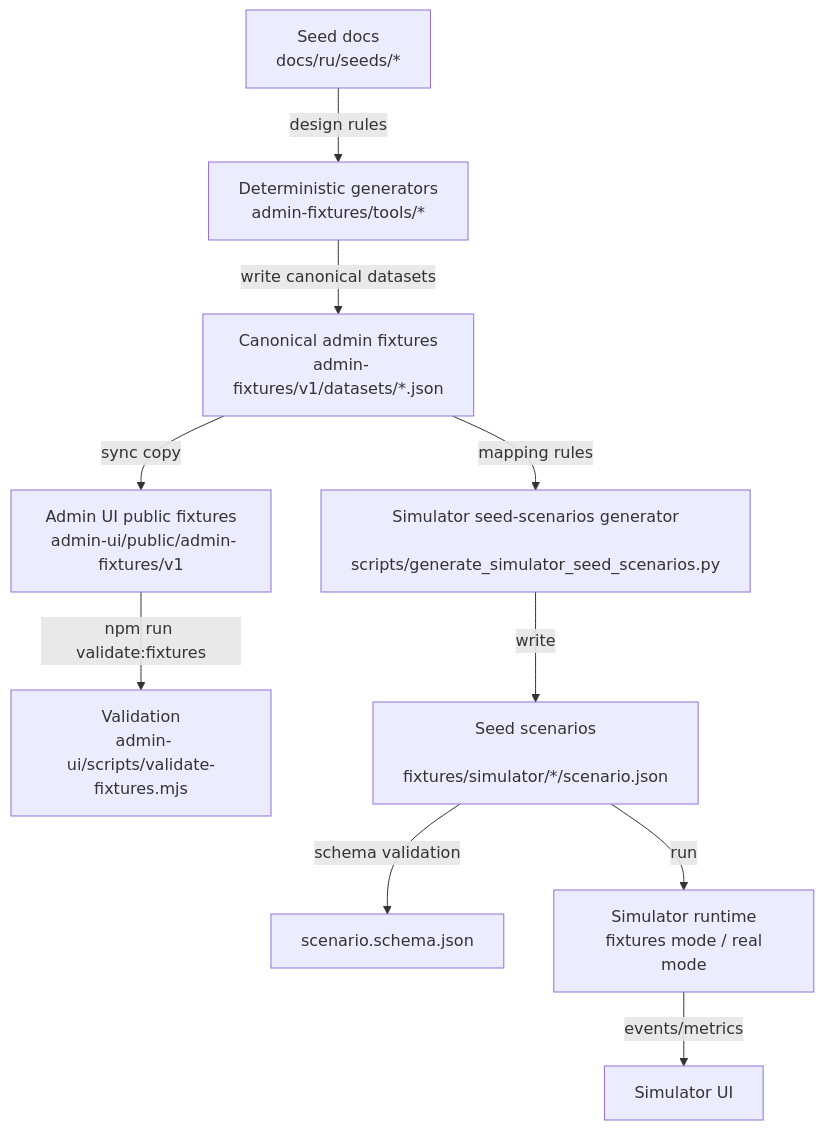
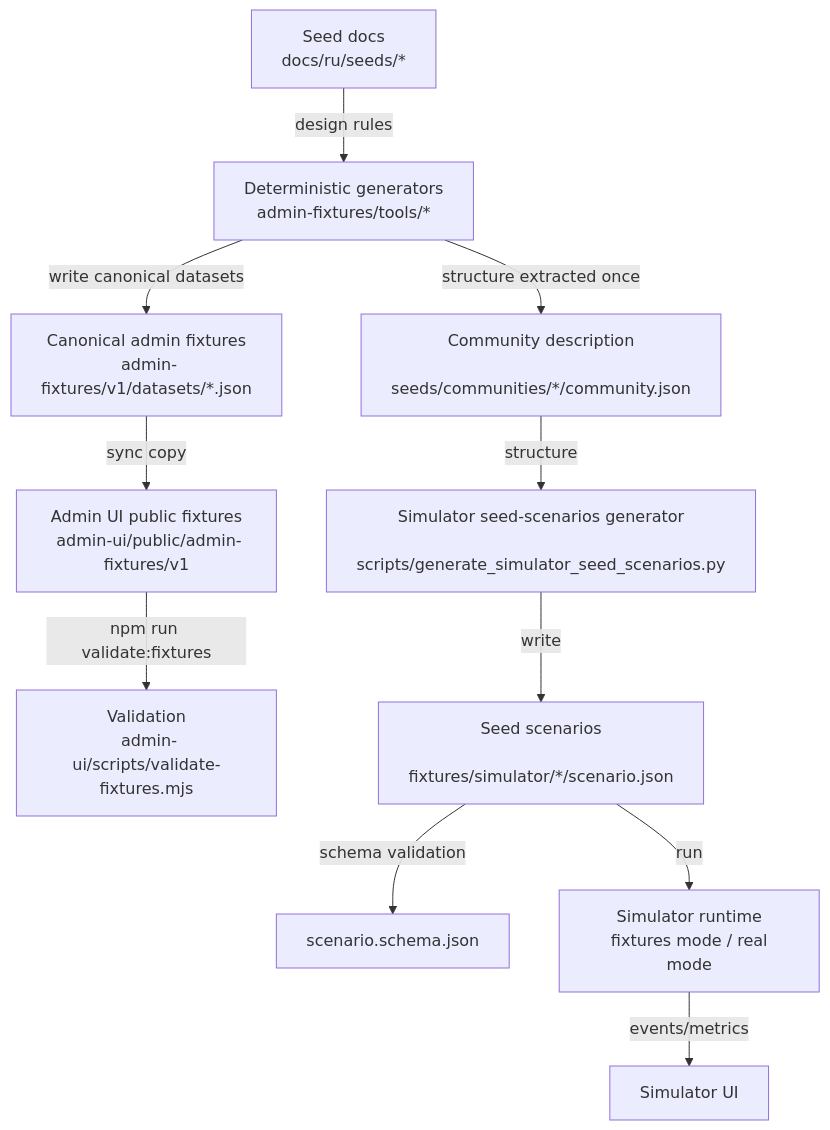
Before and after one commit to slawa19/GEOv0: the third of 4 diagrams in docs/ru/simulator/scenarios-and-engine.md, drawn with Mermaid. The commit also changed 4 other files, not shown here.

````diff
--- a/docs/ru/simulator/scenarios-and-engine.md
+++ b/docs/ru/simulator/scenarios-and-engine.md
@@ -403,15 +403,16 @@
 ```mermaid
 flowchart TD
   A[Seed docs\n docs/ru/seeds/*] -->|design rules| B[Deterministic generators\n admin-fixtures/tools/*]
   B -->|write canonical datasets| C[Canonical admin fixtures\n admin-fixtures/v1/datasets/*.json]
 
   C -->|sync copy| D[Admin UI public fixtures\n admin-ui/public/admin-fixtures/v1]
   D -->|npm run validate:fixtures| Dv[Validation\n admin-ui/scripts/validate-fixtures.mjs]
 
-  C -->|mapping rules| E[Simulator seed-scenarios generator\n scripts/generate_simulator_seed_scenarios.py]
+  B -->|structure extracted once| CD[Community description\n seeds/communities/*/community.json]
+  CD -->|structure| E[Simulator seed-scenarios generator\n scripts/generate_simulator_seed_scenarios.py]
   E -->|write| F[Seed scenarios\n fixtures/simulator/*/scenario.json]
   F -->|schema validation| Fs[scenario.schema.json]
 
   F -->|run| G[Simulator runtime\n fixtures mode / real mode]
   G -->|events/metrics| H[Simulator UI]
 ```
````
